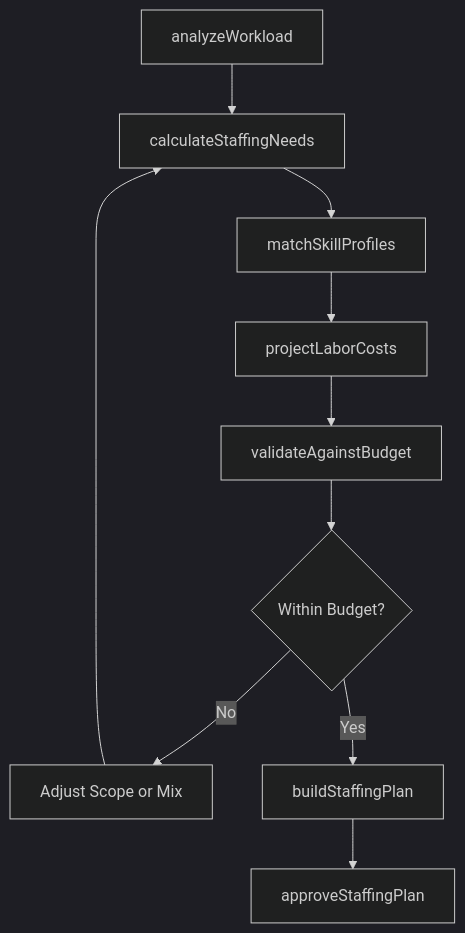
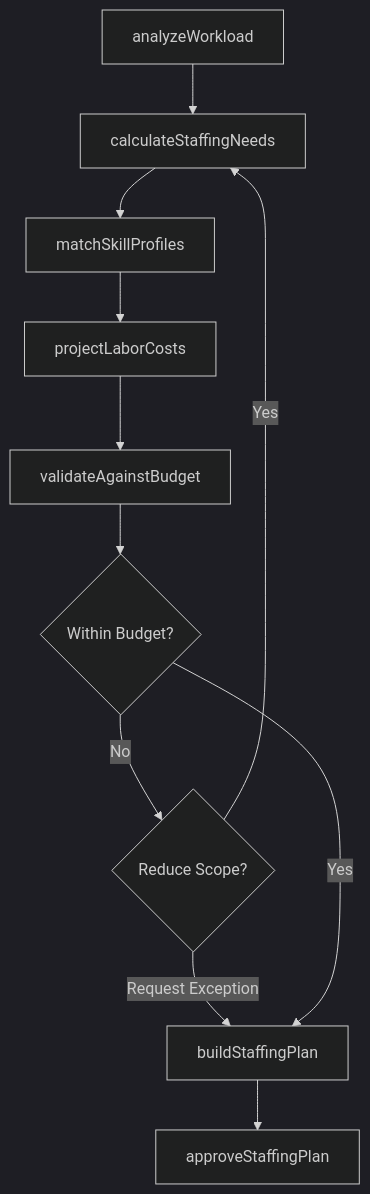
One commit to dot-org-ai/tasks.org.ai changed the third of 4 diagrams in MakingDecisionsAndSolvingProblems/DetermineResourceNeedsOfProjectsOrOperations/EstimateLaborRequirements.mdx. Above: the diagram before and after it, drawn with Mermaid (dark theme). The commit also changed other lines of this file and 504 other files, not shown here.

First line of the commit message:
feat: Add ER diagrams, state diagrams, and workflow improvements to 96 DWA task files

````diff
--- a/MakingDecisionsAndSolvingProblems/DetermineResourceNeedsOfProjectsOrOperations/EstimateLaborRequirements.mdx
+++ b/MakingDecisionsAndSolvingProblems/DetermineResourceNeedsOfProjectsOrOperations/EstimateLaborRequirements.mdx
@@ -85,12 +112,13 @@
 ```mermaid
 graph TD
     A[analyzeWorkload] --> B[calculateStaffingNeeds]
     B --> C[matchSkillProfiles]
     C --> D[projectLaborCosts]
     D --> E[validateAgainstBudget]
     E --> F{Within Budget?}
-    F -->|No| G[Adjust Scope or Mix]
-    G --> B
-    F -->|Yes| H[buildStaffingPlan]
+    F -->|No| G{Reduce Scope?}
+    G -->|Yes| B
+    G -->|Request Exception| H[buildStaffingPlan]
+    F -->|Yes| H
     H --> I[approveStaffingPlan]
 ```
````
